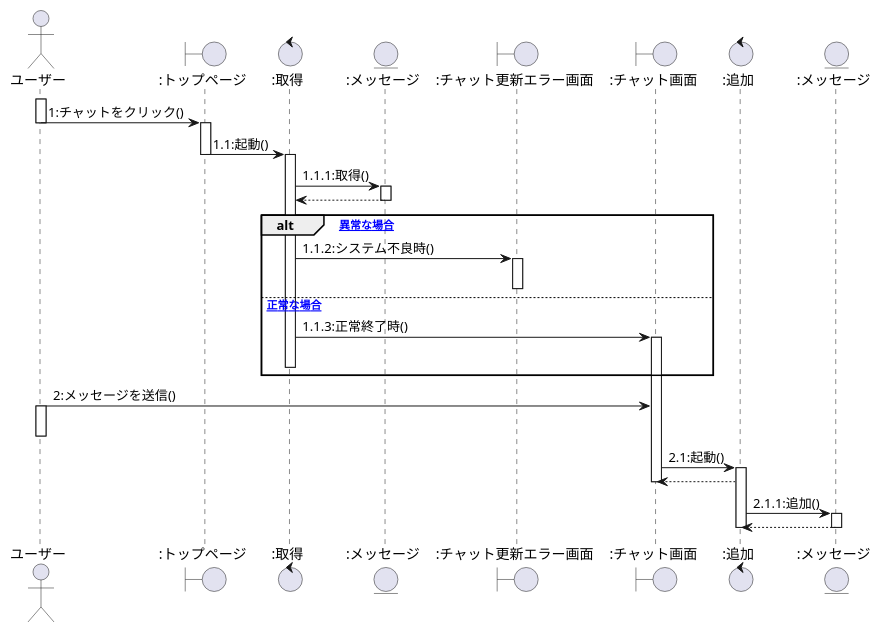
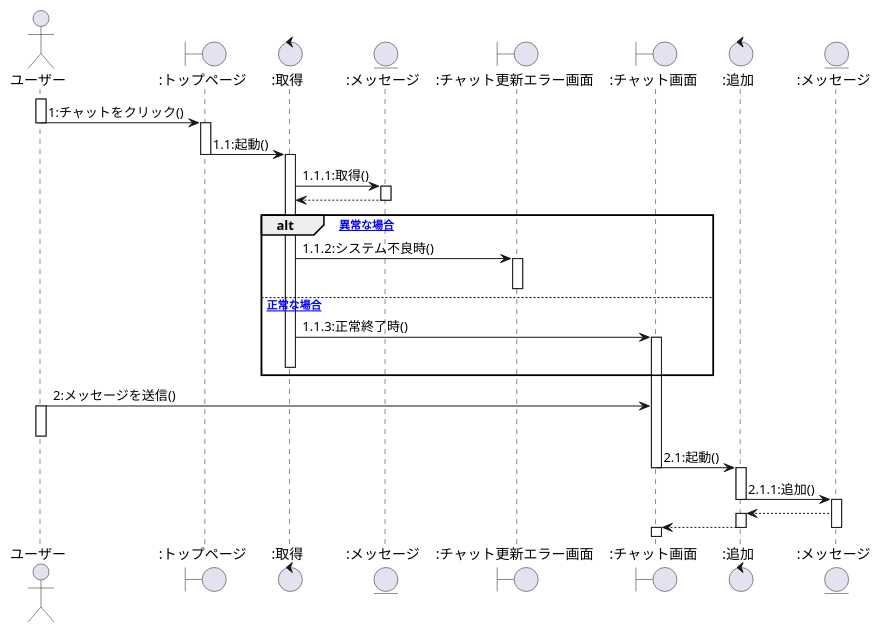
Before and after one commit to ksw2270227/GroupF: the sixth of 8 diagrams in user2_sequence.plantuml, drawn with PlantUML.

Commit message:
あきもと

```diff
--- a/user2_sequence.plantuml
+++ b/user2_sequence.plantuml
@@ -166,44 +166,47 @@
 @startuml システム管理者チャットシーケンス図
 actor ユーザー as 0
 boundary ":トップページ" as a
 control ":取得" as b
 entity ":メッセージ" as c
 boundary ":チャット更新エラー画面" as d
 boundary ":チャット画面" as e
 control ":追加" as f
 entity ":メッセージ" as g
 
 activate 0
     0 -> a:1:チャットをクリック()
     deactivate 0
     activate a
     a -> b:1.1:起動()
     deactivate a
     activate b
     b -> c:1.1.1:取得()
     activate c
     c --> b
     deactivate c
     alt [異常な場合]
     b -> d:1.1.2:システム不良時()
     activate d
     deactivate d
     else [正常な場合]
     b -> e:1.1.3:正常終了時()
     activate e
     deactivate b
     end
     0 -> e:2:メッセージを送信()
     activate 0
     deactivate 0
     e -> f:2.1:起動()
+    deactivate e
+    activate f
+    f -> g:2.1.1:追加()
+    deactivate f
+    activate g
+    g --> f
     activate f
     f --> e
-    deactivate e
-    f -> g:2.1.1:追加()
-    activate g
-    g --> f
     deactivate f
+    activate e
     deactivate g
     
 @enduml
```
